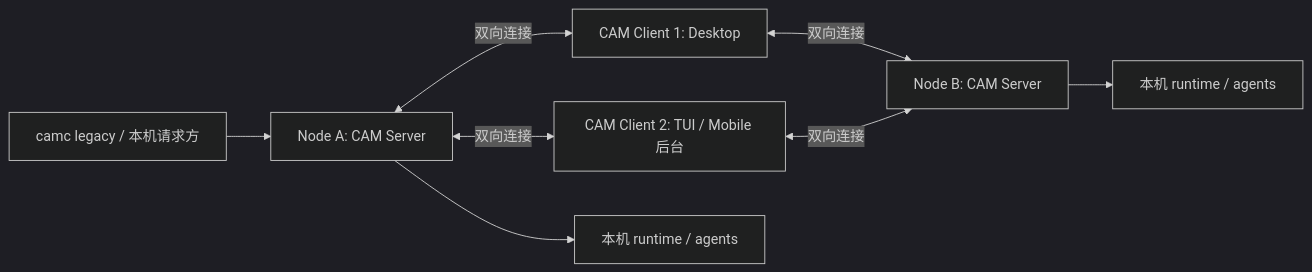
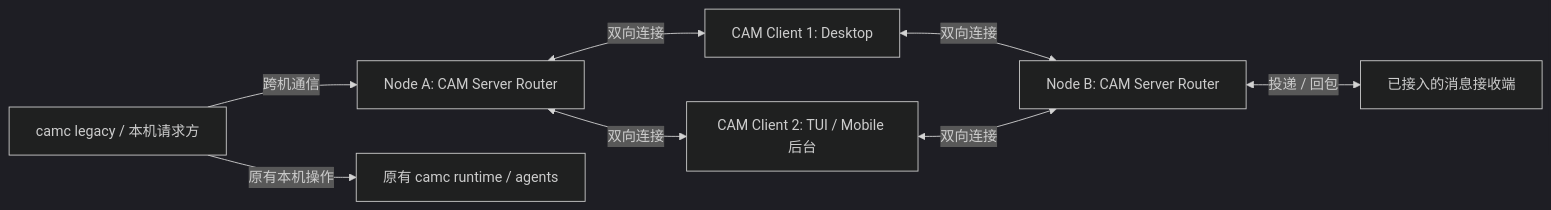
The first of 2 diagrams in docs/cam-client-server-spec.md (orlunix/cam), drawn with Mermaid (dark theme) before and after one commit. The commit also changed other lines of this file and 3 other files, not shown here.

Commit message:
docs: prioritize CAM Server routing before agent migration

````diff
--- a/docs/cam-client-server-spec.md
+++ b/docs/cam-client-server-spec.md
@@ -44,10 +46,10 @@
 ```mermaid
 flowchart LR
-    CA[camc legacy / 本机请求方] --> A[Node A: CAM Server]
+    CA[camc legacy / 本机请求方] -->|跨机通信| A[Node A: CAM Server Router]
+    CA -->|原有本机操作| LA[原有 camc runtime / agents]
     A <-->|双向连接| C1[CAM Client 1: Desktop]
     A <-->|双向连接| C2[CAM Client 2: TUI / Mobile 后台]
-    C1 <-->|双向连接| B[Node B: CAM Server]
+    C1 <-->|双向连接| B[Node B: CAM Server Router]
     C2 <-->|双向连接| B
-    A --> RA[本机 runtime / agents]
-    B --> RB[本机 runtime / agents]
+    B <-->|投递 / 回包| RB[已接入的消息接收端]
 ```
````
